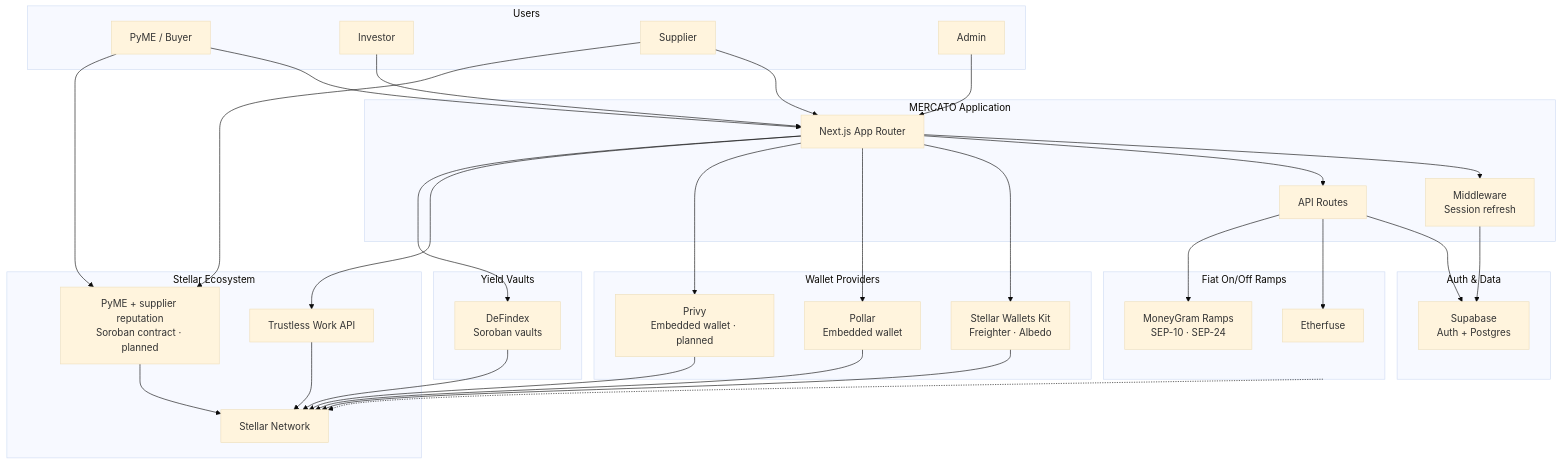
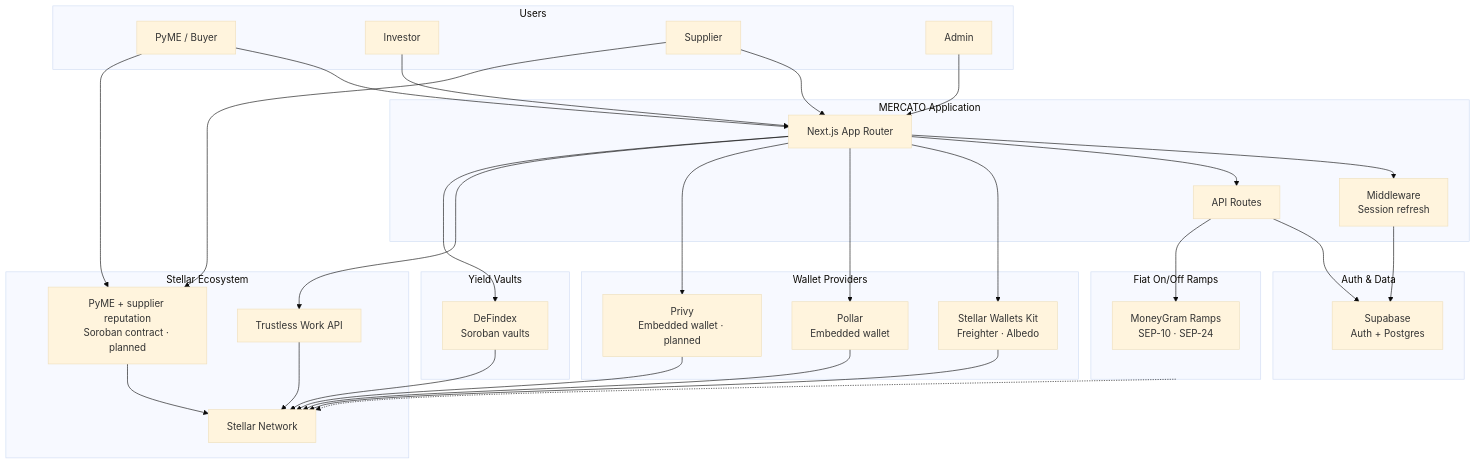
One commit to mercato-supply-chain/mercato-dapp changed the first of 17 diagrams in doc/architecture.md. Above: the diagram before and after it, drawn with Mermaid (base theme). The commit also changed other lines of this file, not shown here.

````diff
--- a/doc/architecture.md
+++ b/doc/architecture.md
@@ -15,64 +15,62 @@
 ```mermaid
 flowchart TB
   subgraph Users["Users"]
     PyME[PyME / Buyer]
     Investor[Investor]
     Supplier[Supplier]
     Admin[Admin]
   end
 
   subgraph App["MERCATO Application"]
     Next[Next.js App Router]
     API[API Routes]
     Middleware[Middleware\nSession refresh]
   end
 
   subgraph AuthAndData["Auth & Data"]
     Supabase[Supabase\nAuth + Postgres]
   end
 
   subgraph Stellar["Stellar Ecosystem"]
     Trustless[Trustless Work API]
     StellarNet[Stellar Network]
     ReputationContract[PyME + supplier reputation\nSoroban contract · planned]
   end
 
   subgraph Ramps["Fiat On/Off Ramps"]
-    Etherfuse[Etherfuse]
     MoneyGram[MoneyGram Ramps\nSEP-10 · SEP-24]
   end
 
   subgraph WalletProviders["Wallet Providers"]
     SWK[Stellar Wallets Kit\nFreighter · Albedo]
     Pollar[Pollar\nEmbedded wallet]
     Privy[Privy\nEmbedded wallet · planned]
   end
 
   subgraph Yield["Yield Vaults"]
     DeFindex[DeFindex\nSoroban vaults]
   end
 
   PyME --> Next
   PyME --> ReputationContract
   Investor --> Next
   Supplier --> Next
   Supplier --> ReputationContract
   Admin --> Next
   Next --> Middleware --> Supabase
   Next --> API
   API --> Supabase
   Next --> SWK
   Next --> Pollar
   Next --> Privy
   Next --> Trustless
   Next --> DeFindex
   DeFindex --> StellarNet
-  API --> Etherfuse
   API --> MoneyGram
   Trustless --> StellarNet
   ReputationContract --> StellarNet
   SWK --> StellarNet
   Pollar --> StellarNet
   Privy --> StellarNet
   Ramps -.-> StellarNet
 ```
````
